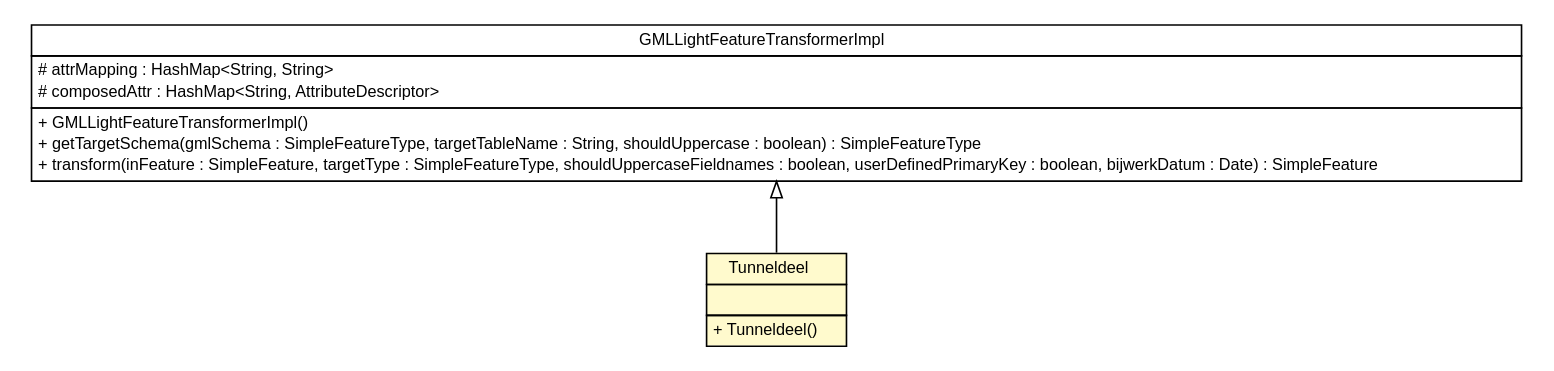
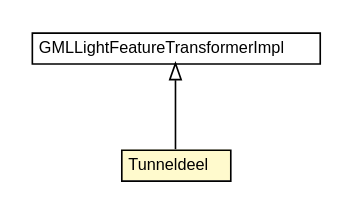
Before and after one commit to B3Partners/brmo: the diagram in bgt-gml-loader/apidocs/nl/b3p/brmo/loader/gml/light/Tunneldeel.dot, drawn with Graphviz. The commit also changed 363 other files, not shown here.

```diff
--- a/bgt-gml-loader/apidocs/nl/b3p/brmo/loader/gml/light/Tunneldeel.dot
+++ b/bgt-gml-loader/apidocs/nl/b3p/brmo/loader/gml/light/Tunneldeel.dot
@@ -1,41 +1,26 @@
 #!/usr/local/bin/dot
 #
 # Class diagram 
 # Generated by UMLGraph version R5_6-24-gf6e263 (http://www.umlgraph.org/)
 #
 
 digraph G {
 	edge [fontname="Helvetica",fontsize=10,labelfontname="Helvetica",labelfontsize=10];
 	node [fontname="Helvetica",fontsize=10,shape=plaintext];
 	nodesep=0.25;
 	ranksep=0.5;
 	// nl.b3p.brmo.loader.gml.light.Tunneldeel
-	c1441 [label=<<table title="nl.b3p.brmo.loader.gml.light.Tunneldeel" border="0" cellborder="1" cellspacing="0" cellpadding="2" port="p" bgcolor="lemonChiffon" href="./Tunneldeel.html">
+	c1423 [label=<<table title="nl.b3p.brmo.loader.gml.light.Tunneldeel" border="0" cellborder="1" cellspacing="0" cellpadding="2" port="p" bgcolor="lemonChiffon" href="./Tunneldeel.html">
 		<tr><td><table border="0" cellspacing="0" cellpadding="1">
 <tr><td align="center" balign="center"> Tunneldeel </td></tr>
 		</table></td></tr>
-		<tr><td><table border="0" cellspacing="0" cellpadding="1">
-<tr><td align="left" balign="left">  </td></tr>
-		</table></td></tr>
-		<tr><td><table border="0" cellspacing="0" cellpadding="1">
-<tr><td align="left" balign="left"> + Tunneldeel() </td></tr>
-		</table></td></tr>
 		</table>>, URL="./Tunneldeel.html", fontname="Helvetica", fontcolor="black", fontsize=10.0];
 	// nl.b3p.brmo.loader.gml.light.GMLLightFeatureTransformerImpl
-	c1460 [label=<<table title="nl.b3p.brmo.loader.gml.light.GMLLightFeatureTransformerImpl" border="0" cellborder="1" cellspacing="0" cellpadding="2" port="p" href="./GMLLightFeatureTransformerImpl.html">
+	c1442 [label=<<table title="nl.b3p.brmo.loader.gml.light.GMLLightFeatureTransformerImpl" border="0" cellborder="1" cellspacing="0" cellpadding="2" port="p" href="./GMLLightFeatureTransformerImpl.html">
 		<tr><td><table border="0" cellspacing="0" cellpadding="1">
 <tr><td align="center" balign="center"> GMLLightFeatureTransformerImpl </td></tr>
 		</table></td></tr>
-		<tr><td><table border="0" cellspacing="0" cellpadding="1">
-<tr><td align="left" balign="left"> # attrMapping : HashMap&lt;String, String&gt; </td></tr>
-<tr><td align="left" balign="left"> # composedAttr : HashMap&lt;String, AttributeDescriptor&gt; </td></tr>
-		</table></td></tr>
-		<tr><td><table border="0" cellspacing="0" cellpadding="1">
-<tr><td align="left" balign="left"> + GMLLightFeatureTransformerImpl() </td></tr>
-<tr><td align="left" balign="left"> + getTargetSchema(gmlSchema : SimpleFeatureType, targetTableName : String, shouldUppercase : boolean) : SimpleFeatureType </td></tr>
-<tr><td align="left" balign="left"> + transform(inFeature : SimpleFeature, targetType : SimpleFeatureType, shouldUppercaseFieldnames : boolean, userDefinedPrimaryKey : boolean, bijwerkDatum : Date) : SimpleFeature </td></tr>
-		</table></td></tr>
 		</table>>, URL="./GMLLightFeatureTransformerImpl.html", fontname="Helvetica", fontcolor="black", fontsize=10.0];
 	//nl.b3p.brmo.loader.gml.light.Tunneldeel extends nl.b3p.brmo.loader.gml.light.GMLLightFeatureTransformerImpl
-	c1460:p -> c1441:p [dir=back,arrowtail=empty];
+	c1442:p -> c1423:p [dir=back,arrowtail=empty];
 }
```
